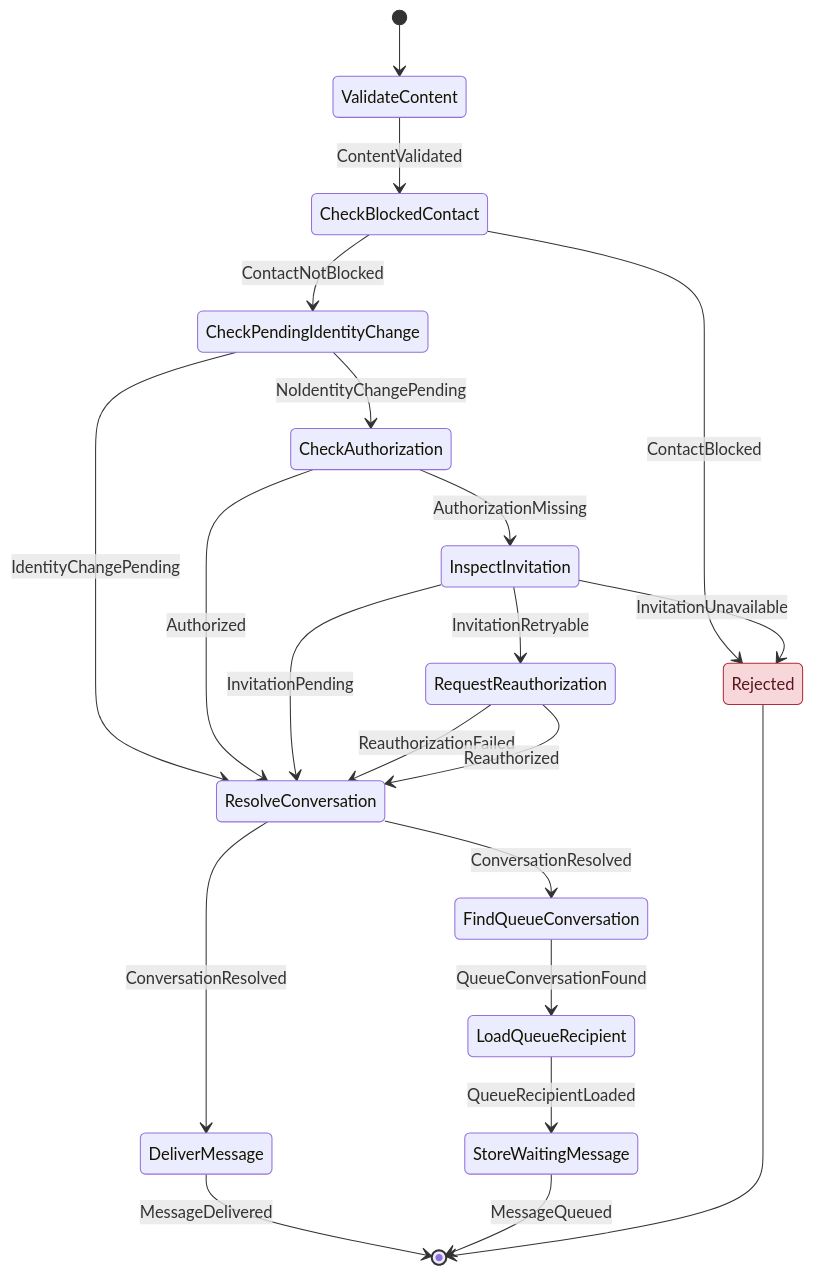
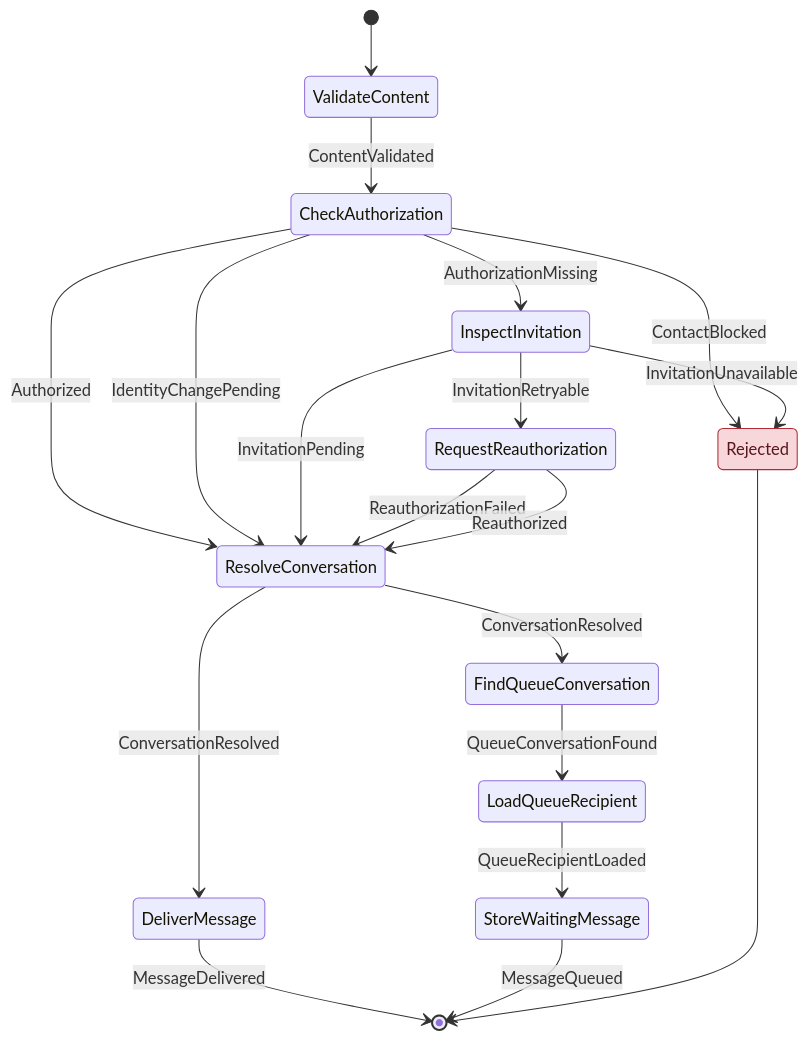
The seventh of 22 diagrams in docs/architecture/workflows/message.md (cbgm/Sparrow), drawn with Mermaid before and after one commit. The commit also changed other lines of this file and 226 other files, not shown here.

````diff
--- a/docs/architecture/workflows/message.md
+++ b/docs/architecture/workflows/message.md
@@ -203,25 +204,23 @@
 ```mermaid
 stateDiagram-v2
     [*] --> ValidateContent
-    ValidateContent --> CheckBlockedContact : ContentValidated
-    CheckBlockedContact --> Rejected : ContactBlocked
-    CheckBlockedContact --> CheckPendingIdentityChange : ContactNotBlocked
-    CheckPendingIdentityChange --> ResolveConversation : IdentityChangePending
-    CheckPendingIdentityChange --> CheckAuthorization : NoIdentityChangePending
+    ValidateContent --> CheckAuthorization : ContentValidated
     CheckAuthorization --> InspectInvitation : AuthorizationMissing
     CheckAuthorization --> ResolveConversation : Authorized
+    CheckAuthorization --> Rejected : ContactBlocked
+    CheckAuthorization --> ResolveConversation : IdentityChangePending
     InspectInvitation --> ResolveConversation : InvitationPending
     InspectInvitation --> RequestReauthorization : InvitationRetryable
     InspectInvitation --> Rejected : InvitationUnavailable
     RequestReauthorization --> ResolveConversation : ReauthorizationFailed
     RequestReauthorization --> ResolveConversation : Reauthorized
     ResolveConversation --> DeliverMessage : ConversationResolved
     ResolveConversation --> FindQueueConversation : ConversationResolved
     DeliverMessage --> [*] : MessageDelivered
     FindQueueConversation --> LoadQueueRecipient : QueueConversationFound
     LoadQueueRecipient --> StoreWaitingMessage : QueueRecipientLoaded
     StoreWaitingMessage --> [*] : MessageQueued
     Rejected --> [*]
     classDef reject fill:#f8d7da,stroke:#b02a37,color:#58151c
     class Rejected reject
 ```
````
